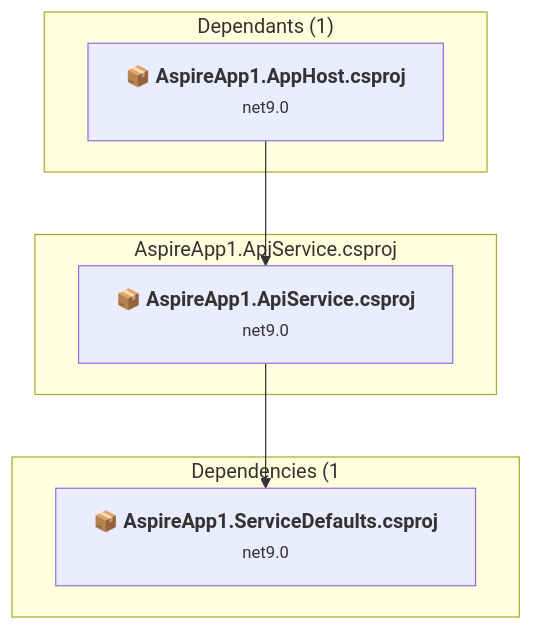
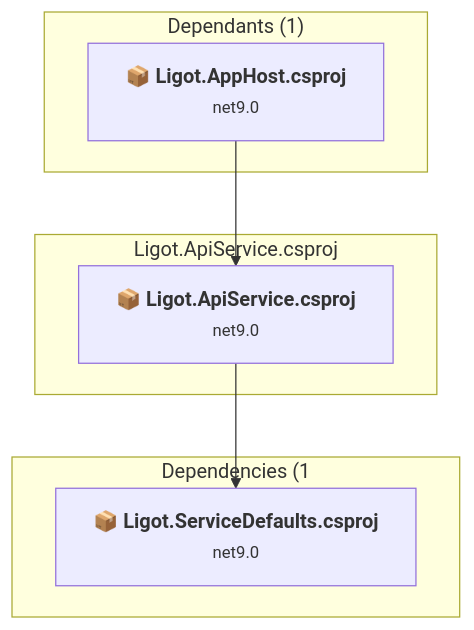
The second of 7 diagrams in .github/upgrades/assessment.md (TomizawaAtLogit/MyCRM), drawn with Mermaid before and after one commit. The commit also changed other lines of this file and 559 other files, not shown here.

Commit message:
Rename AspireApp1 → Ligot: projects, namespaces, solution, docs

````diff
--- a/.github/upgrades/assessment.md
+++ b/.github/upgrades/assessment.md
@@ -165,18 +165,18 @@
 ```mermaid
 flowchart TB
     subgraph upstream["Dependants (1)"]
-        P1["<b>📦&nbsp;AspireApp1.AppHost.csproj</b><br/><small>net9.0</small>"]
-        click P1 "#aspireapp1apphostaspireapp1apphostcsproj"
+        P1["<b>📦&nbsp;Ligot.AppHost.csproj</b><br/><small>net9.0</small>"]
+        click P1 "#LigotapphostLigotapphostcsproj"
     end
-    subgraph current["AspireApp1.ApiService.csproj"]
-        MAIN["<b>📦&nbsp;AspireApp1.ApiService.csproj</b><br/><small>net9.0</small>"]
-        click MAIN "#aspireapp1apiserviceaspireapp1apiservicecsproj"
+    subgraph current["Ligot.ApiService.csproj"]
+        MAIN["<b>📦&nbsp;Ligot.ApiService.csproj</b><br/><small>net9.0</small>"]
+        click MAIN "#LigotapiserviceLigotapiservicecsproj"
     end
     subgraph downstream["Dependencies (1"]
-        P2["<b>📦&nbsp;AspireApp1.ServiceDefaults.csproj</b><br/><small>net9.0</small>"]
-        click P2 "#aspireapp1servicedefaultsaspireapp1servicedefaultscsproj"
+        P2["<b>📦&nbsp;Ligot.ServiceDefaults.csproj</b><br/><small>net9.0</small>"]
+        click P2 "#LigotservicedefaultsLigotservicedefaultscsproj"
     end
     P1 --> MAIN
     MAIN --> P2
 
 ```
````
